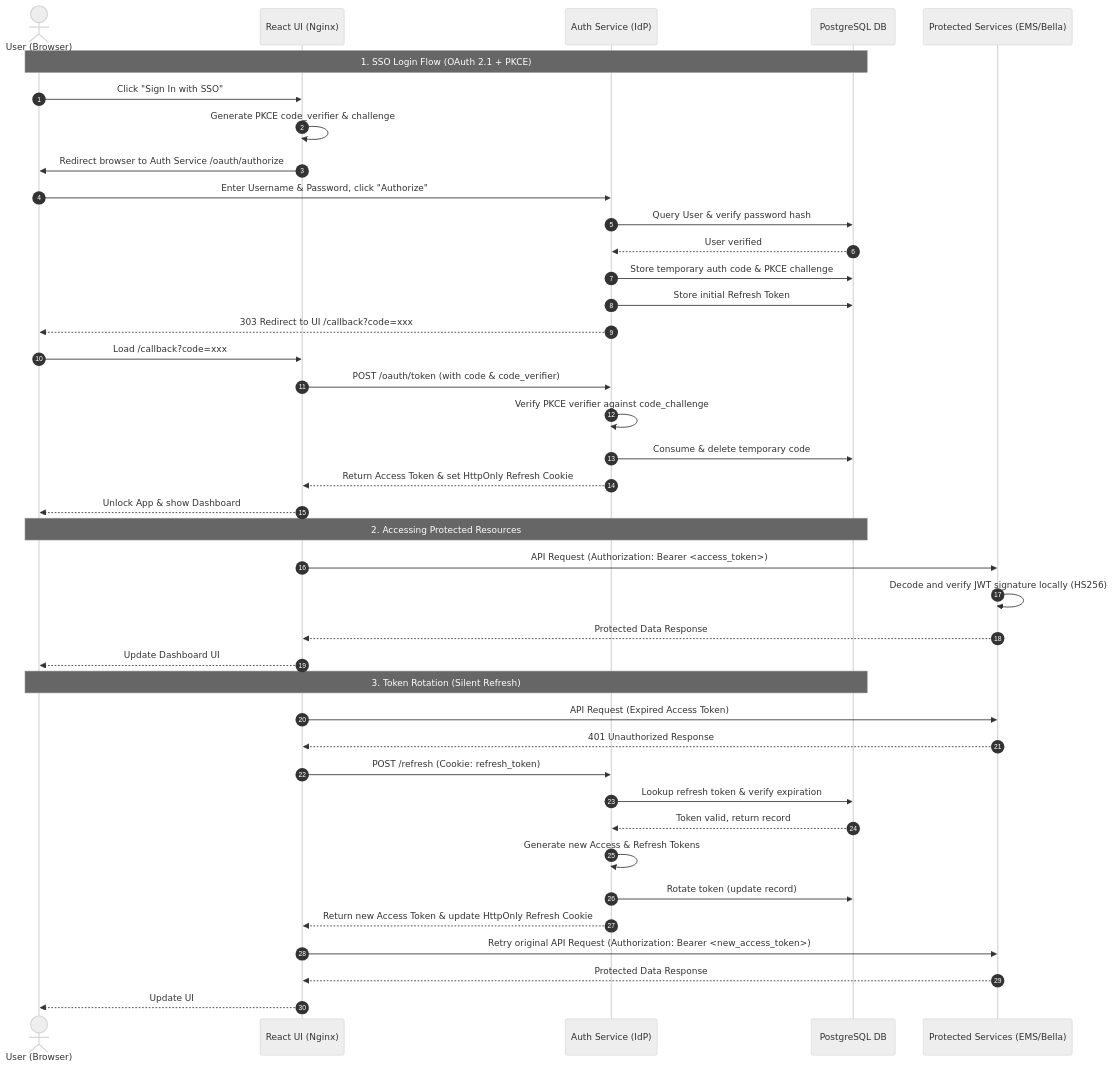
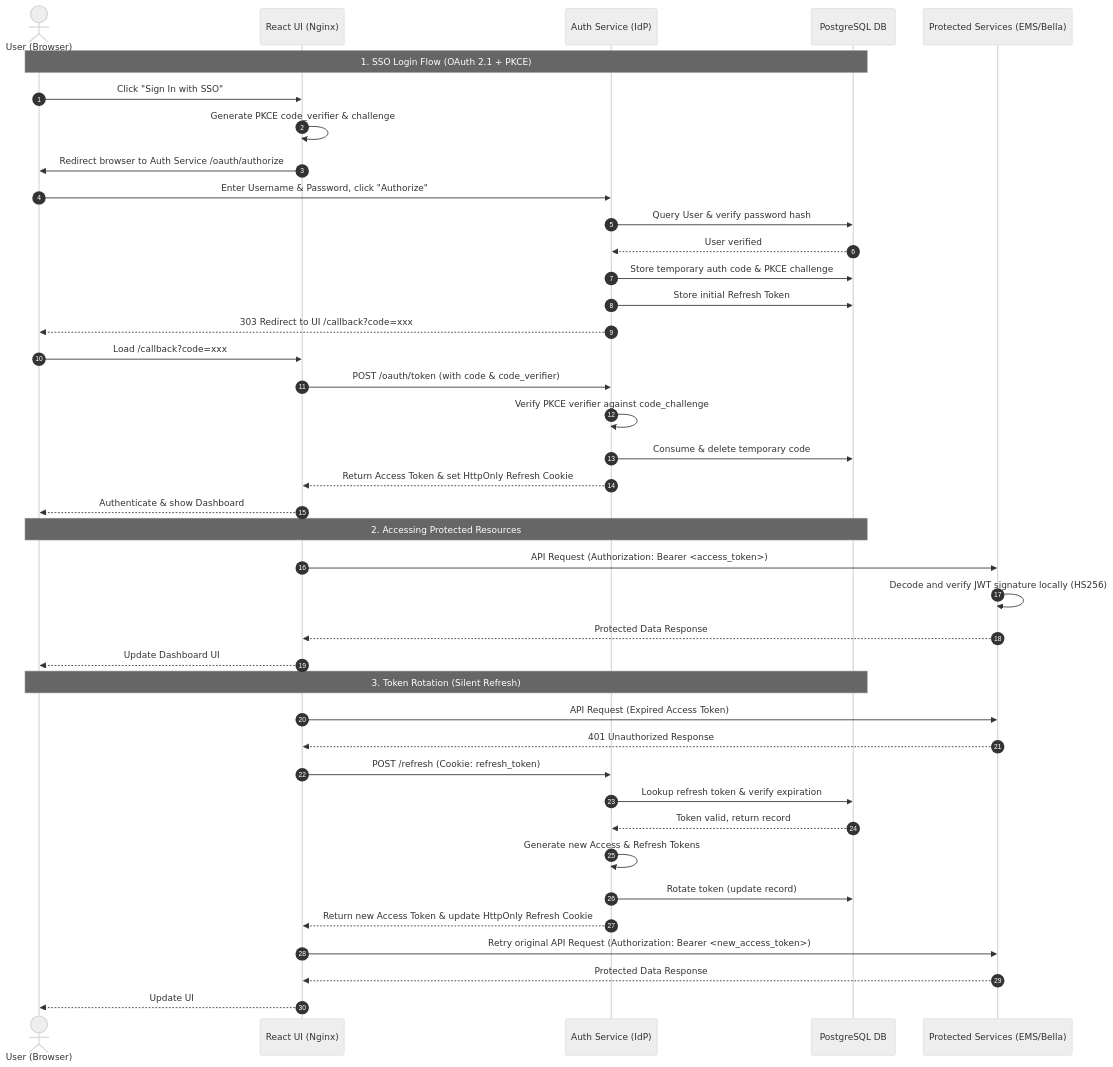
The diagram in docs/user/authentication-guide.md (shangar-t-a/bella-keys-personal-assist), drawn with Mermaid (neutral theme) before and after one commit. The commit also changed other lines of this file and 38 other files, not shown here.

First line of the commit message:
feat(auth): implement oauth 2.1 pkce flow and custom protocol deep-linking

````diff
--- a/docs/user/authentication-guide.md
+++ b/docs/user/authentication-guide.md
@@ -35,45 +35,45 @@
 ```mermaid
 sequenceDiagram
     autonumber
     actor User as User (Browser)
     participant UI as React UI (Nginx)
     participant Auth as Auth Service (IdP)
     participant DB as PostgreSQL DB
     participant API as Protected Services (EMS/Bella)
 
     Note over User, DB: 1. SSO Login Flow (OAuth 2.1 + PKCE)
     User->>UI: Click "Sign In with SSO"
     UI->>UI: Generate PKCE code_verifier & challenge
     UI->>User: Redirect browser to Auth Service /oauth/authorize
     User->>Auth: Enter Username & Password, click "Authorize"
     Auth->>DB: Query User & verify password hash
     DB-->>Auth: User verified
     Auth->>DB: Store temporary auth code & PKCE challenge
     Auth->>DB: Store initial Refresh Token
     Auth-->>User: 303 Redirect to UI /callback?code=xxx
     User->>UI: Load /callback?code=xxx
     UI->>Auth: POST /oauth/token (with code & code_verifier)
     Auth->>Auth: Verify PKCE verifier against code_challenge
     Auth->>DB: Consume & delete temporary code
     Auth-->>UI: Return Access Token & set HttpOnly Refresh Cookie
-    UI-->>User: Unlock App & show Dashboard
+    UI-->>User: Authenticate & show Dashboard
 
     Note over User, DB: 2. Accessing Protected Resources
     UI->>API: API Request (Authorization: Bearer <access_token>)
     API->>API: Decode and verify JWT signature locally (HS256)
     API-->>UI: Protected Data Response
     UI-->>User: Update Dashboard UI
 
     Note over User, DB: 3. Token Rotation (Silent Refresh)
     UI->>API: API Request (Expired Access Token)
     API-->>UI: 401 Unauthorized Response
     UI->>Auth: POST /refresh (Cookie: refresh_token)
     Auth->>DB: Lookup refresh token & verify expiration
     DB-->>Auth: Token valid, return record
     Auth->>Auth: Generate new Access & Refresh Tokens
     Auth->>DB: Rotate token (update record)
     Auth-->>UI: Return new Access Token & update HttpOnly Refresh Cookie
     UI->>API: Retry original API Request (Authorization: Bearer <new_access_token>)
     API-->>UI: Protected Data Response
     UI-->>User: Update UI
 ```
````
